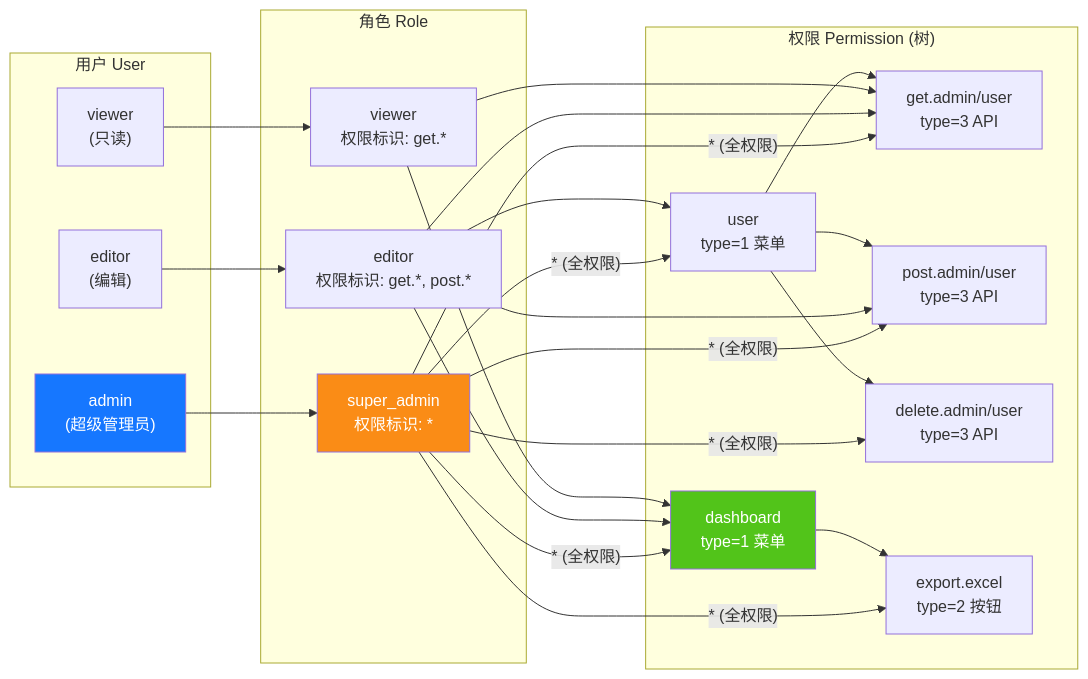
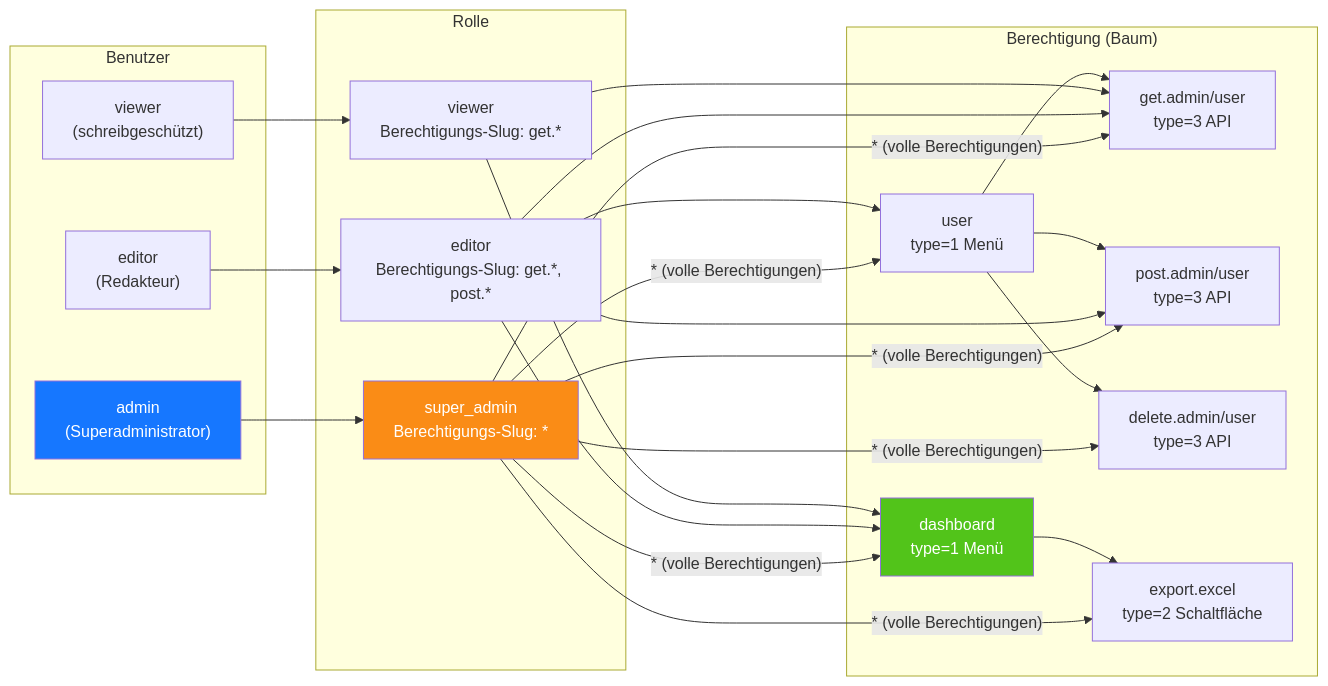
One commit to erikwang2013/game-platform-php changed the fifth of 14 diagrams in admin/docs/ARCHITECTURE.de.md. Above: the diagram before and after it, drawn with Mermaid. The commit also changed other lines of this file and 211 other files, not shown here.

First line of the commit message:
fix: 支付配置读回类型根治、提现事件对账巡检，12 语族 mermaid 与 API 标签本地化

````diff
--- a/admin/docs/ARCHITECTURE.de.md
+++ b/admin/docs/ARCHITECTURE.de.md
@@ -283,38 +283,38 @@
 ```mermaid
 flowchart LR
-    subgraph "用户 User"
-        U1["admin<br/>(超级管理员)"]
-        U2["editor<br/>(编辑)"]
-        U3["viewer<br/>(只读)"]
+    subgraph "Benutzer"
+        U1["admin<br/>(Superadministrator)"]
+        U2["editor<br/>(Redakteur)"]
+        U3["viewer<br/>(schreibgeschützt)"]
     end
 
-    subgraph "角色 Role"
-        R1["super_admin<br/>权限标识: *"]
-        R2["editor<br/>权限标识: get.*, post.*"]
-        R3["viewer<br/>权限标识: get.*"]
+    subgraph "Rolle"
+        R1["super_admin<br/>Berechtigungs-Slug: *"]
+        R2["editor<br/>Berechtigungs-Slug: get.*, post.*"]
+        R3["viewer<br/>Berechtigungs-Slug: get.*"]
     end
 
-    subgraph "权限 Permission (树)"
-        P1["dashboard<br/>type=1 菜单"]
-        P2["user<br/>type=1 菜单"]
+    subgraph "Berechtigung (Baum)"
+        P1["dashboard<br/>type=1 Menü"]
+        P2["user<br/>type=1 Menü"]
         P3["get.admin/user<br/>type=3 API"]
         P4["post.admin/user<br/>type=3 API"]
         P5["delete.admin/user<br/>type=3 API"]
-        P6["export.excel<br/>type=2 按钮"]
+        P6["export.excel<br/>type=2 Schaltfläche"]
     end
 
     U1 --> R1
     U2 --> R2
     U3 --> R3
 
-    R1 -->|"* (全权限)"| P1 & P2 & P3 & P4 & P5 & P6
+    R1 -->|"* (volle Berechtigungen)"| P1 & P2 & P3 & P4 & P5 & P6
     R2 --> P1 & P2 & P3 & P4
     R3 --> P1 & P3
 
     P2 --> P3 & P4 & P5
     P1 --> P6
 
     style U1 fill:#1677FF,color:#fff
     style R1 fill:#FA8C16,color:#fff
     style P1 fill:#52C41A,color:#fff
 ```
````
